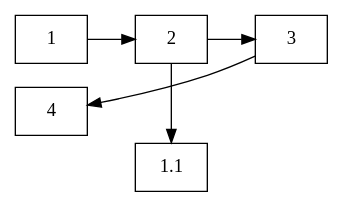
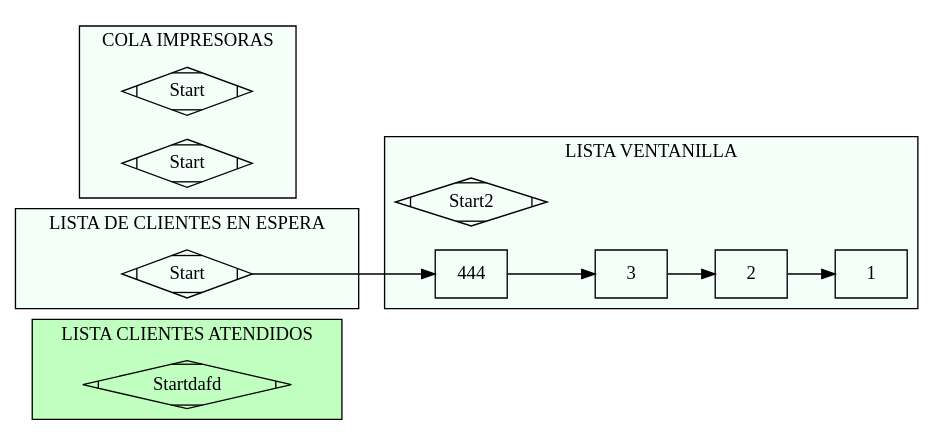
One commit to diegomazariegos2002/EDD_UDRAWING_FASE_202003975 changed the diagram in EDD_UDRAWING_FASE_202003975/pruebasdot.gv. Above: the diagram before and after it, drawn with Graphviz. The commit also changed 14 other files, not shown here.

```diff
--- a/EDD_UDRAWING_FASE_202003975/pruebasdot.gv
+++ b/EDD_UDRAWING_FASE_202003975/pruebasdot.gv
@@ -1,17 +1,34 @@
 digraph G { 
+subgraph cluster_Clientes_Atendidos{ 
+label="LISTA CLIENTES ATENDIDOS"; 
+bgcolor="darkseagreen1"; 
+Start5 [shape="Mdiamond" label="Startdafd"];
 node[shape = box];
-Nodo1[label=1];
-Nodo2[label=2];
-Nodo3[label=3];
-Nodo4[label=4];
-Nodo11[label = 1.1];
-
-Nodo2 -> Nodo3;
-Nodo1 -> Nodo2;
-Nodo2 -> Nodo11 [constraint = false]; 
-Nodo3 -> Nodo4 [constraint = false];
-
-{rank=same; Nodo2; Nodo11}
+}subgraph cluster_clientes_espera{ 
+label="LISTA DE CLIENTES EN ESPERA"; 
+bgcolor="mintcream"; 
+Start4 [shape="Mdiamond" label="Start"];
+node[shape = box];
+}subgraph cluster_impresoras{ 
+label="COLA IMPRESORAS";
+bgcolor="mintcream"; 
+Start31 [shape="Mdiamond" label="Start"];
+Start32 [shape="Mdiamond" label="Start"];
+node[shape = box];
+}subgraph cluster_ventanillas{ 
+label="LISTA VENTANILLA";
+bgcolor="mintcream";
+Start2 [shape="Mdiamond" label="Start2"];
+node[shape = box];
+Nodo1889248251[label="444"];
+Nodo1027007693[label="3"];
+Nodo1783047508[label="2"];
+Nodo2146608740[label="1"];
+Start4 -> Nodo1889248251:
+Nodo1889248251 -> Nodo1027007693;
+Nodo1027007693 -> Nodo1783047508;
+Nodo1783047508 -> Nodo2146608740;
+}
 
 rankdir = LR;
 }
```
